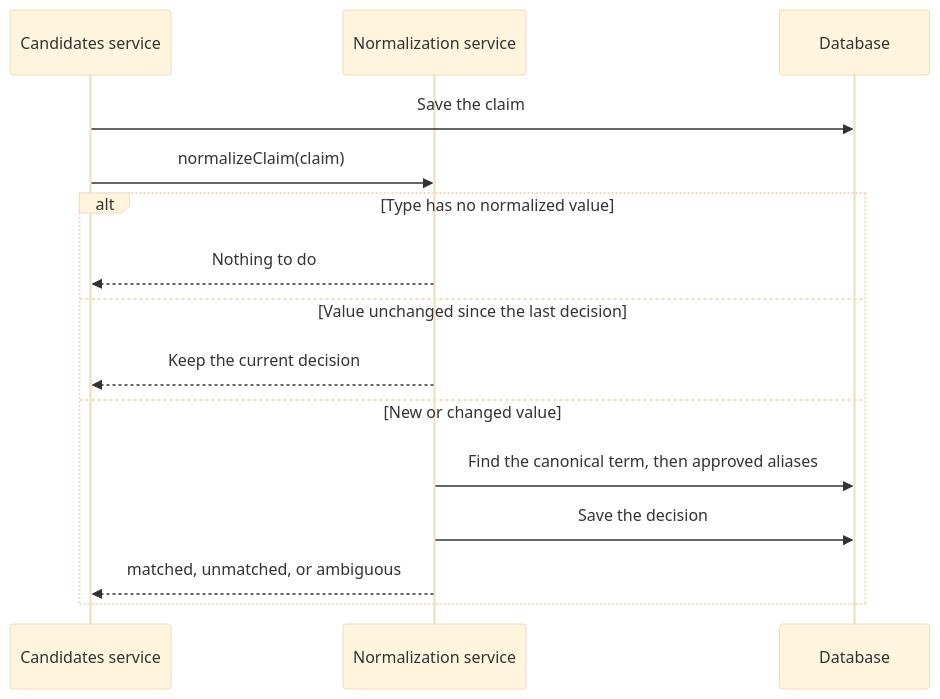
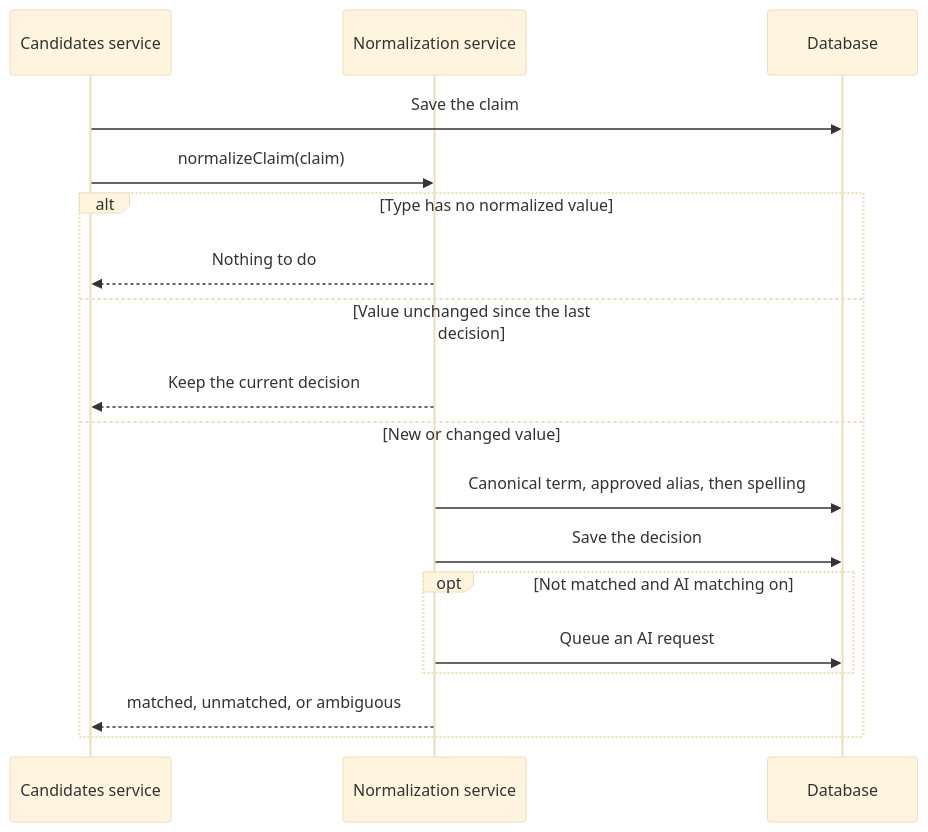
One commit to cv-parser-team/Backend changed the third of 3 diagrams in docs/modules/normalization.md. Above: the diagram before and after it, drawn with Mermaid (base theme). The commit also changed other lines of this file and 3 other files, not shown here.

Commit message:
docs(normalization): document spelling correction and AI matching

````diff
--- a/docs/modules/normalization.md
+++ b/docs/modules/normalization.md
@@ -133,18 +260,21 @@
 ```mermaid
 sequenceDiagram
     participant Candidates as Candidates service
     participant Normalization as Normalization service
     participant Database
 
     Candidates->>Database: Save the claim
     Candidates->>Normalization: normalizeClaim(claim)
     alt Type has no normalized value
         Normalization-->>Candidates: Nothing to do
     else Value unchanged since the last decision
         Normalization-->>Candidates: Keep the current decision
     else New or changed value
-        Normalization->>Database: Find the canonical term, then approved aliases
+        Normalization->>Database: Canonical term, approved alias, then spelling
         Normalization->>Database: Save the decision
+        opt Not matched and AI matching on
+            Normalization->>Database: Queue an AI request
+        end
         Normalization-->>Candidates: matched, unmatched, or ambiguous
     end
 ```
````
